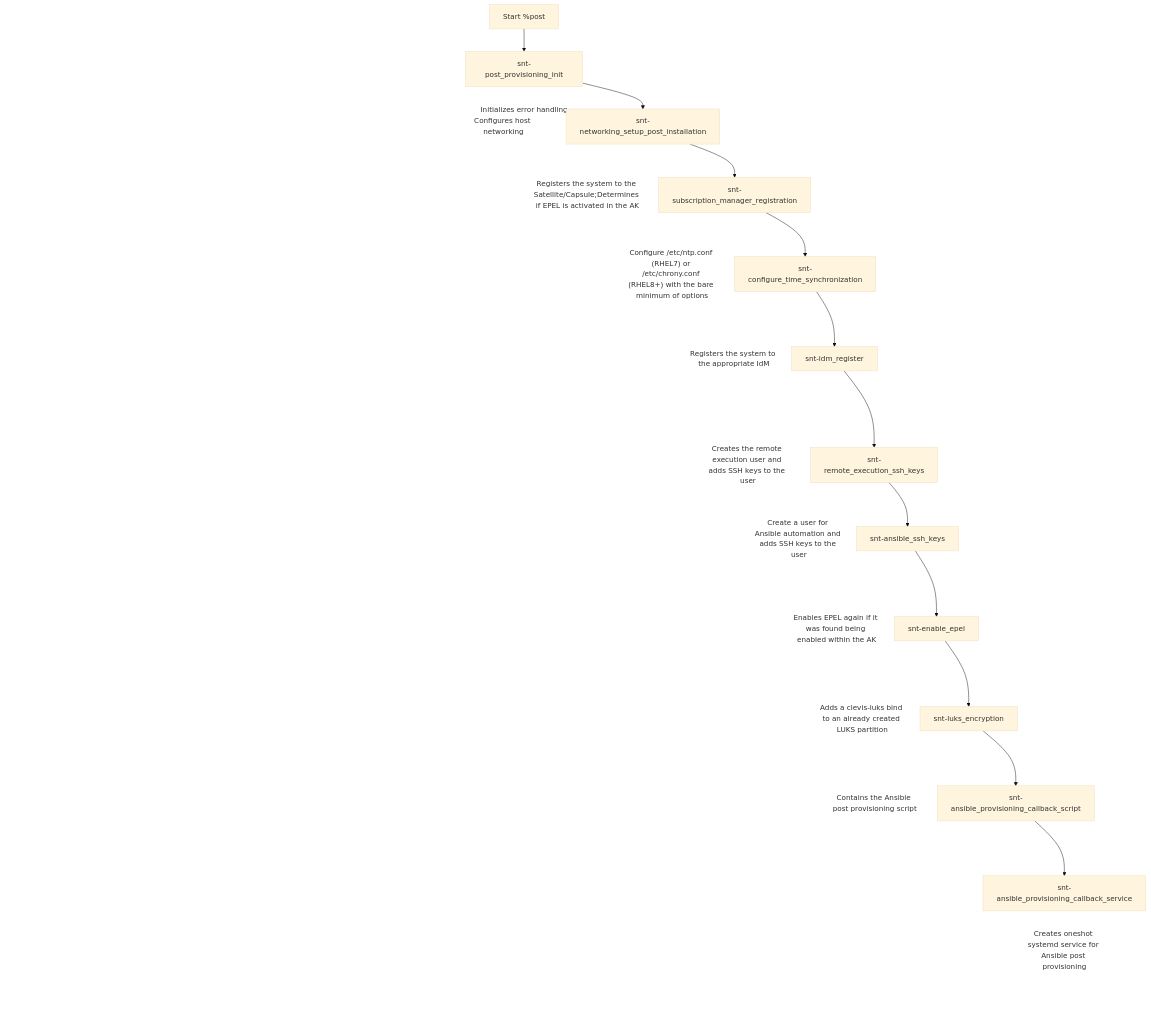
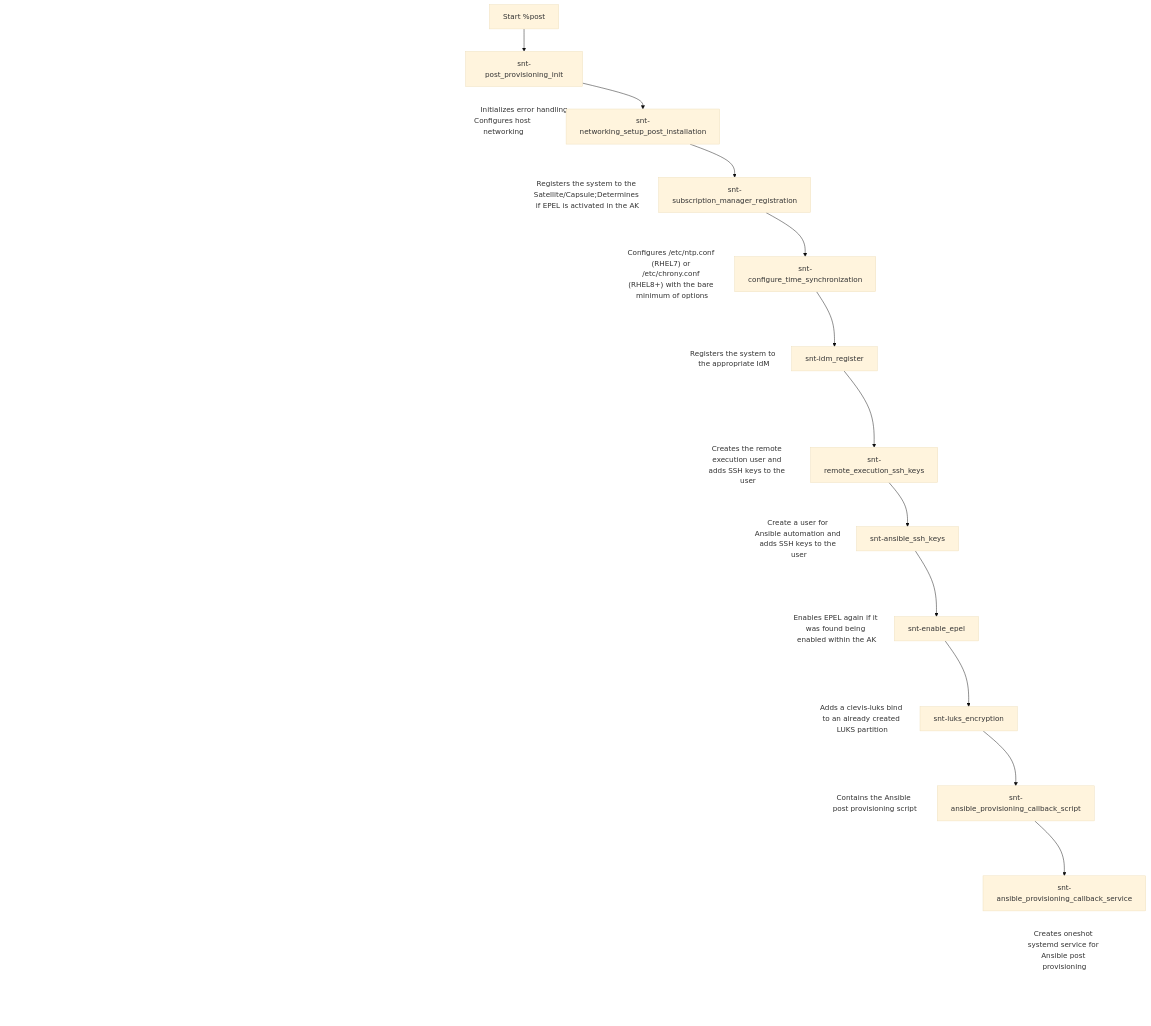
The diagram in _posts/2023-07-01-highly-customized-kickstart.md (sscheib/sscheib.github.io), drawn with Mermaid before and after one commit. The commit also changed other lines of this file, not shown here.

````diff
--- a/_posts/2023-07-01-highly-customized-kickstart.md
+++ b/_posts/2023-07-01-highly-customized-kickstart.md
@@ -430,23 +432,23 @@
 ```mermaid!
 %%{
   init: {
     'theme': 'base',
     'themeVariables': {
       'secondaryColor': '#ffffff00',
       'tertiaryColor': '#fff'
     }
   }
 }%%
 flowchart TB
     A[Start %post] --> snt-post&#95provisioning&#95init ~~~ |Initializes error handling| snt-post&#95provisioning&#95init
     --> snt-networking&#95setup&#95post&#95installation ~~~ |Configures host networking| snt-networking&#95setup&#95post&#95installation
     --> snt-subscription&#95manager&#95registration ~~~ |Registers the system to the Satellite/Capsule&#59Determines if EPEL is activated in the AK|snt-subscription&#95manager&#95registration
-    --> snt-configure&#95time&#95synchronization ~~~ |Configure /etc/ntp.conf &#40RHEL7&#41 or /etc/chrony.conf &#40RHEL8+&#41 with the bare minimum of options|snt-configure&#95time&#95synchronization
+    --> snt-configure&#95time&#95synchronization ~~~ |Configures /etc/ntp.conf &#40RHEL7&#41 or /etc/chrony.conf &#40RHEL8+&#41 with the bare minimum of options|snt-configure&#95time&#95synchronization
     --> snt-idm&#95register ~~~ |Registers the system to the appropriate IdM| snt-idm&#95register
     --> snt-remote&#95execution&#95ssh&#95keys ~~~ |Creates the remote execution user and adds SSH keys to the user| snt-remote&#95execution&#95ssh&#95keys
     --> snt-ansible&#95ssh&#95keys ~~~ |Create a user for Ansible automation and adds SSH keys to the user| snt-ansible&#95ssh&#95keys
     --> snt-enable&#95epel ~~~ |Enables EPEL again if it was found being enabled within the AK| snt-enable&#95epel
     --> snt-luks&#95encryption ~~~ |Adds a clevis-luks bind to an already created LUKS partition| snt-luks&#95encryption
     --> snt-ansible&#95provisioning&#95callback&#95script ~~~ |Contains the Ansible post provisioning script| snt-ansible&#95provisioning&#95callback&#95script
     --> snt-ansible&#95provisioning&#95callback&#95service ~~~ |Creates oneshot systemd service for Ansible post provisioning| snt-ansible&#95provisioning&#95callback&#95service
 ```
````
